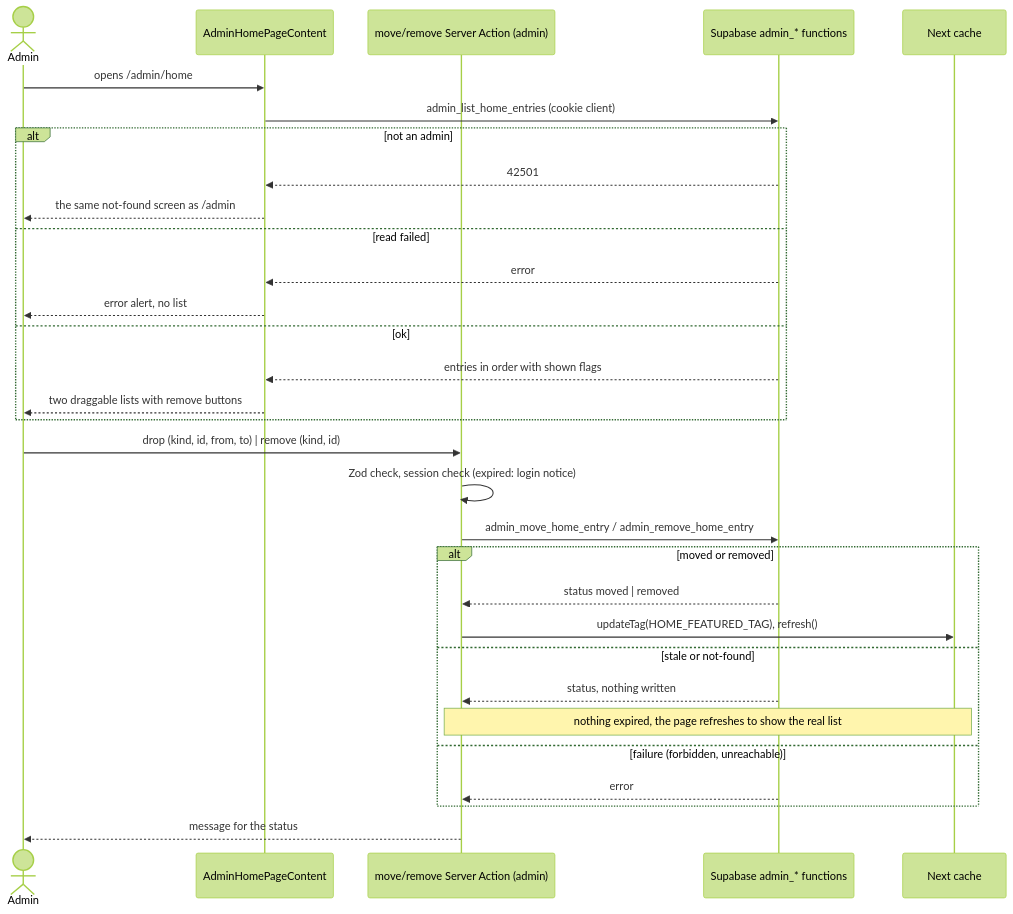
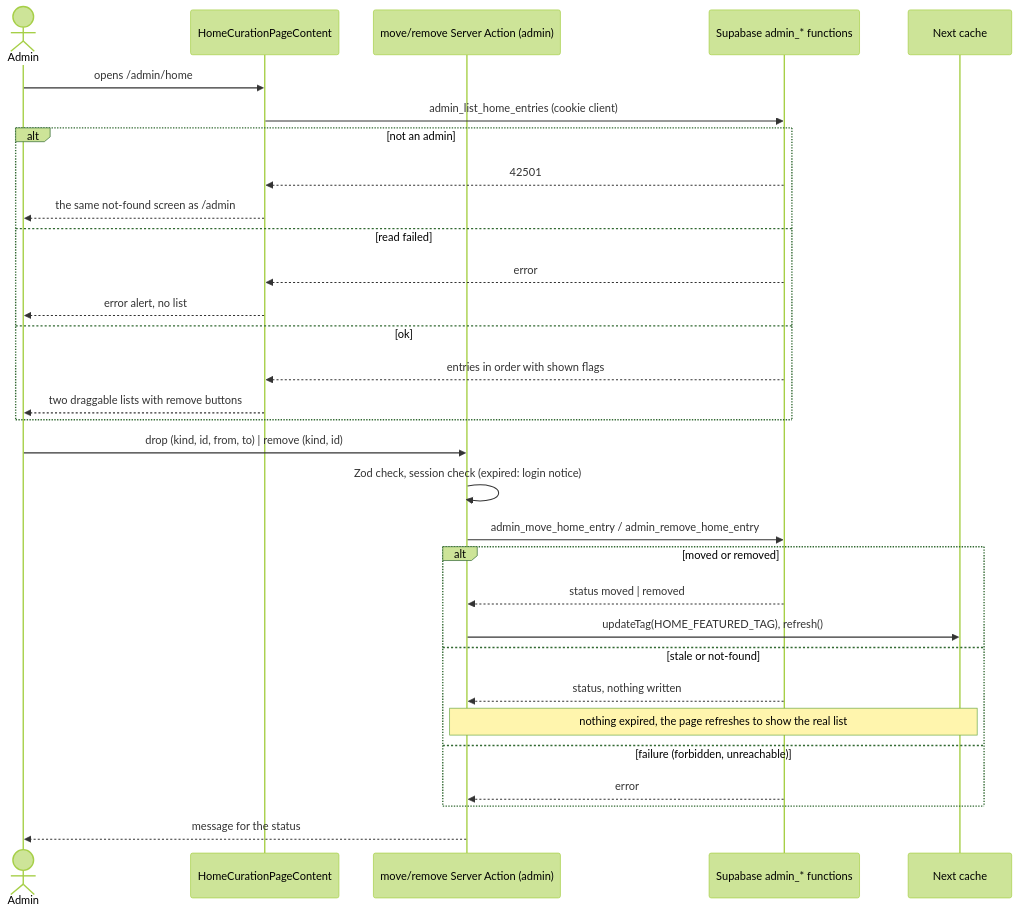
The third of 3 diagrams in openspec/changes/home-page-sections/design.md (EvgeniyKrishtopa/Poetry-Hub), drawn with Mermaid (forest theme) before and after one commit. The commit also changed other lines of this file and 21 other files, not shown here.

````diff
--- a/openspec/changes/home-page-sections/design.md
+++ b/openspec/changes/home-page-sections/design.md
@@ -116,33 +116,33 @@
 ```mermaid
 sequenceDiagram
     actor Admin
-    participant Page as AdminHomePageContent
+    participant Page as HomeCurationPageContent
     participant Action as move/remove Server Action (admin)
     participant DB as Supabase admin_* functions
     participant Cache as Next cache
     Admin->>Page: opens /admin/home
     Page->>DB: admin_list_home_entries (cookie client)
     alt not an admin
         DB-->>Page: 42501
         Page-->>Admin: the same not-found screen as /admin
     else read failed
         DB-->>Page: error
         Page-->>Admin: error alert, no list
     else ok
         DB-->>Page: entries in order with shown flags
         Page-->>Admin: two draggable lists with remove buttons
     end
     Admin->>Action: drop (kind, id, from, to) | remove (kind, id)
     Action->>Action: Zod check, session check (expired: login notice)
     Action->>DB: admin_move_home_entry / admin_remove_home_entry
     alt moved or removed
         DB-->>Action: status moved | removed
         Action->>Cache: updateTag(HOME_FEATURED_TAG), refresh()
     else stale or not-found
         DB-->>Action: status, nothing written
         Note over Action,Cache: nothing expired, the page refreshes to show the real list
     else failure (forbidden, unreachable)
         DB-->>Action: error
     end
     Action-->>Admin: message for the status
 ```
````
